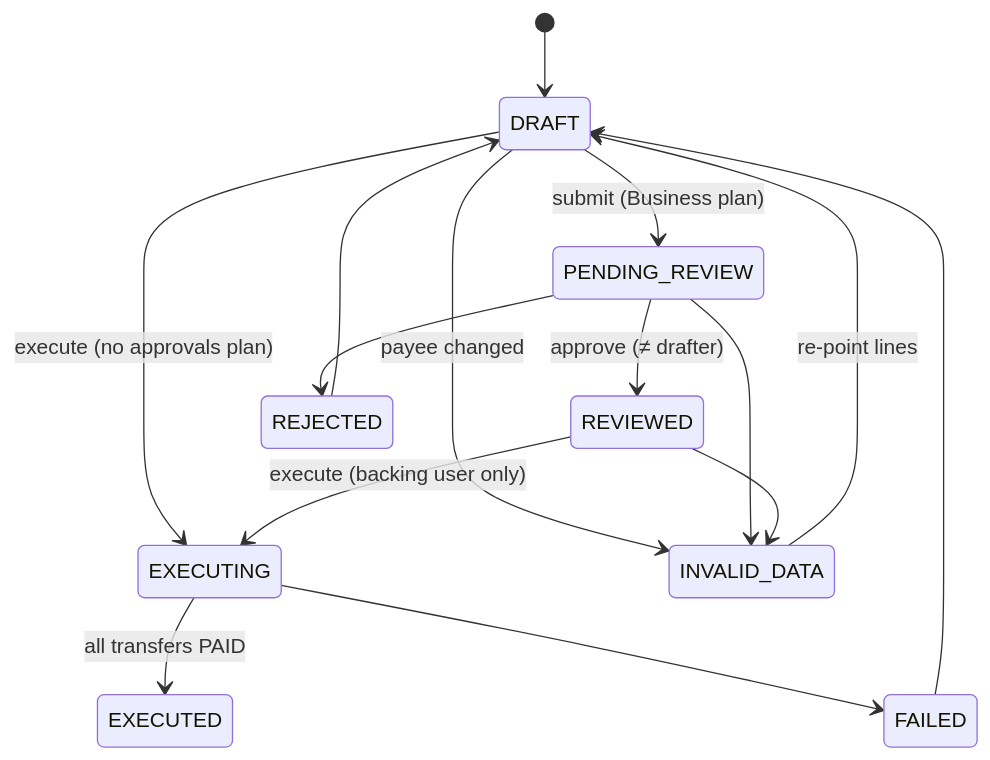
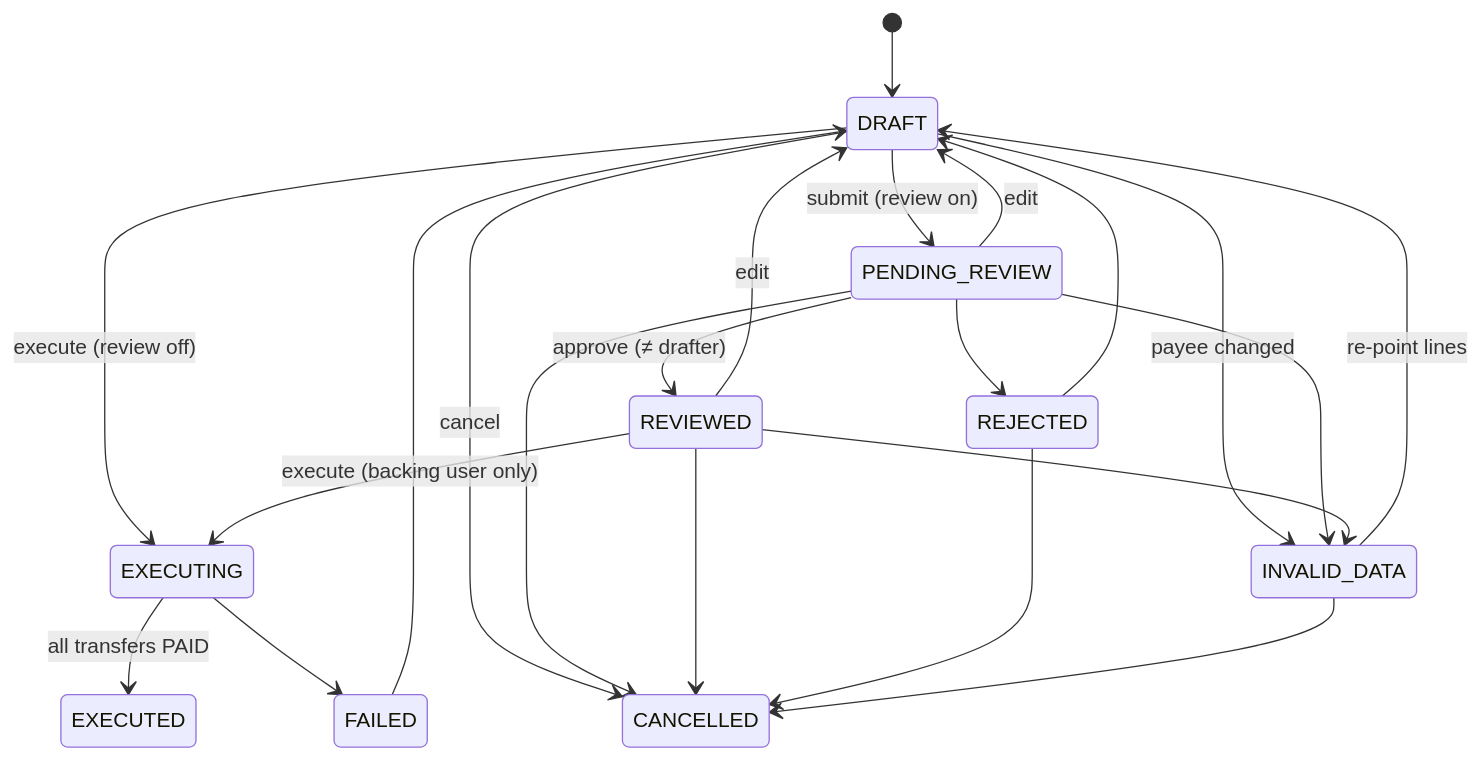
Before and after one commit to Zoldenburg-me/Zold-app: the fifth of 5 diagrams in docs/architecture/product-architecture.md, drawn with Mermaid. The commit also changed other lines of this file and 24 other files, not shown here.

First line of the commit message:
Payment review is the org's policy; drafts can be cancelled and edited

````diff
--- a/docs/architecture/product-architecture.md
+++ b/docs/architecture/product-architecture.md
@@ -498,17 +498,24 @@
 ```mermaid
 stateDiagram-v2
   [*] --> DRAFT
-  DRAFT --> PENDING_REVIEW: submit (Business plan)
-  DRAFT --> EXECUTING: execute (no approvals plan)
+  DRAFT --> PENDING_REVIEW: submit (review on)
+  DRAFT --> EXECUTING: execute (review off)
   PENDING_REVIEW --> REVIEWED: approve (≠ drafter)
   PENDING_REVIEW --> REJECTED
   REVIEWED --> EXECUTING: execute (backing user only)
   DRAFT --> INVALID_DATA: payee changed
   PENDING_REVIEW --> INVALID_DATA
   REVIEWED --> INVALID_DATA
   INVALID_DATA --> DRAFT: re-point lines
   REJECTED --> DRAFT
   EXECUTING --> EXECUTED: all transfers PAID
   EXECUTING --> FAILED
   FAILED --> DRAFT
+  PENDING_REVIEW --> DRAFT: edit
+  REVIEWED --> DRAFT: edit
+  DRAFT --> CANCELLED: cancel
+  PENDING_REVIEW --> CANCELLED
+  REVIEWED --> CANCELLED
+  REJECTED --> CANCELLED
+  INVALID_DATA --> CANCELLED
 ```
````
